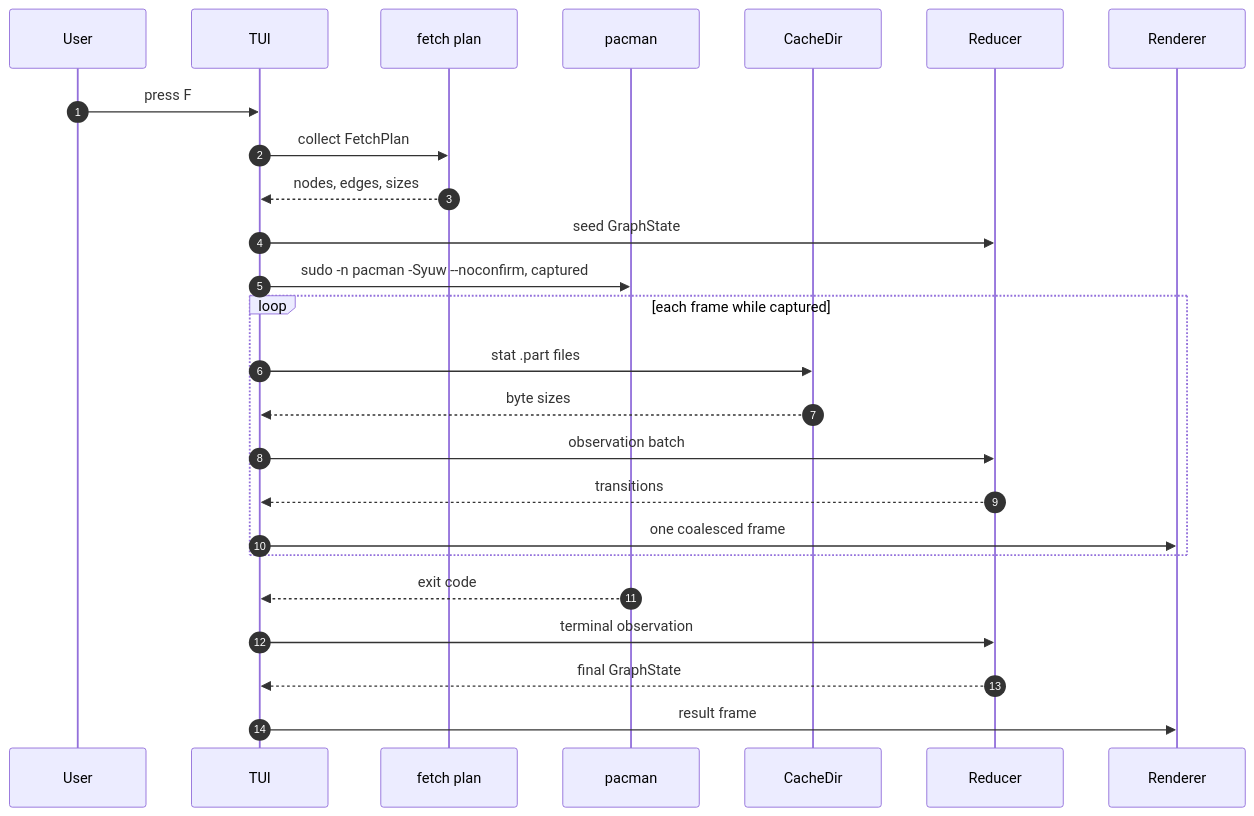
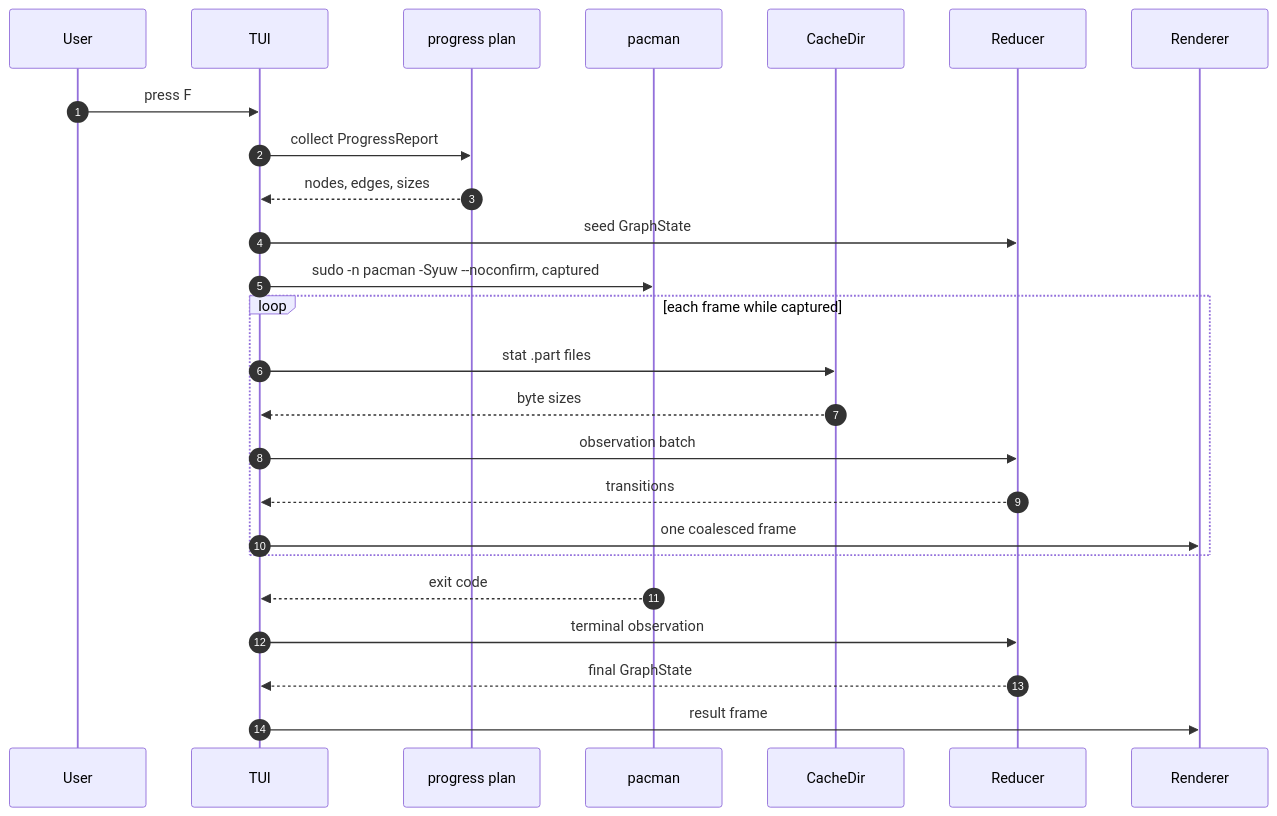
One commit to PremModhaOfficial/aur-prefetch changed the second of 2 diagrams in docs/ANIMATION.md. Above: the diagram before and after it, drawn with Mermaid. The commit also changed other lines of this file and 7 other files, not shown here.

````diff
--- a/docs/ANIMATION.md
+++ b/docs/ANIMATION.md
@@ -279,27 +279,27 @@
 ```mermaid
 sequenceDiagram
   autonumber
   participant U as User
   participant T as TUI
-  participant P as fetch plan
+  participant P as progress plan
   participant Y as pacman
   participant C as CacheDir
   participant R as Reducer
   participant V as Renderer
   U->>T: press F
-  T->>P: collect FetchPlan
+  T->>P: collect ProgressReport
   P-->>T: nodes, edges, sizes
   T->>R: seed GraphState
   T->>Y: sudo -n pacman -Syuw --noconfirm, captured
   loop each frame while captured
     T->>C: stat .part files
     C-->>T: byte sizes
     T->>R: observation batch
     R-->>T: transitions
     T->>V: one coalesced frame
   end
   Y-->>T: exit code
   T->>R: terminal observation
   R-->>T: final GraphState
   T->>V: result frame
 ```
````
